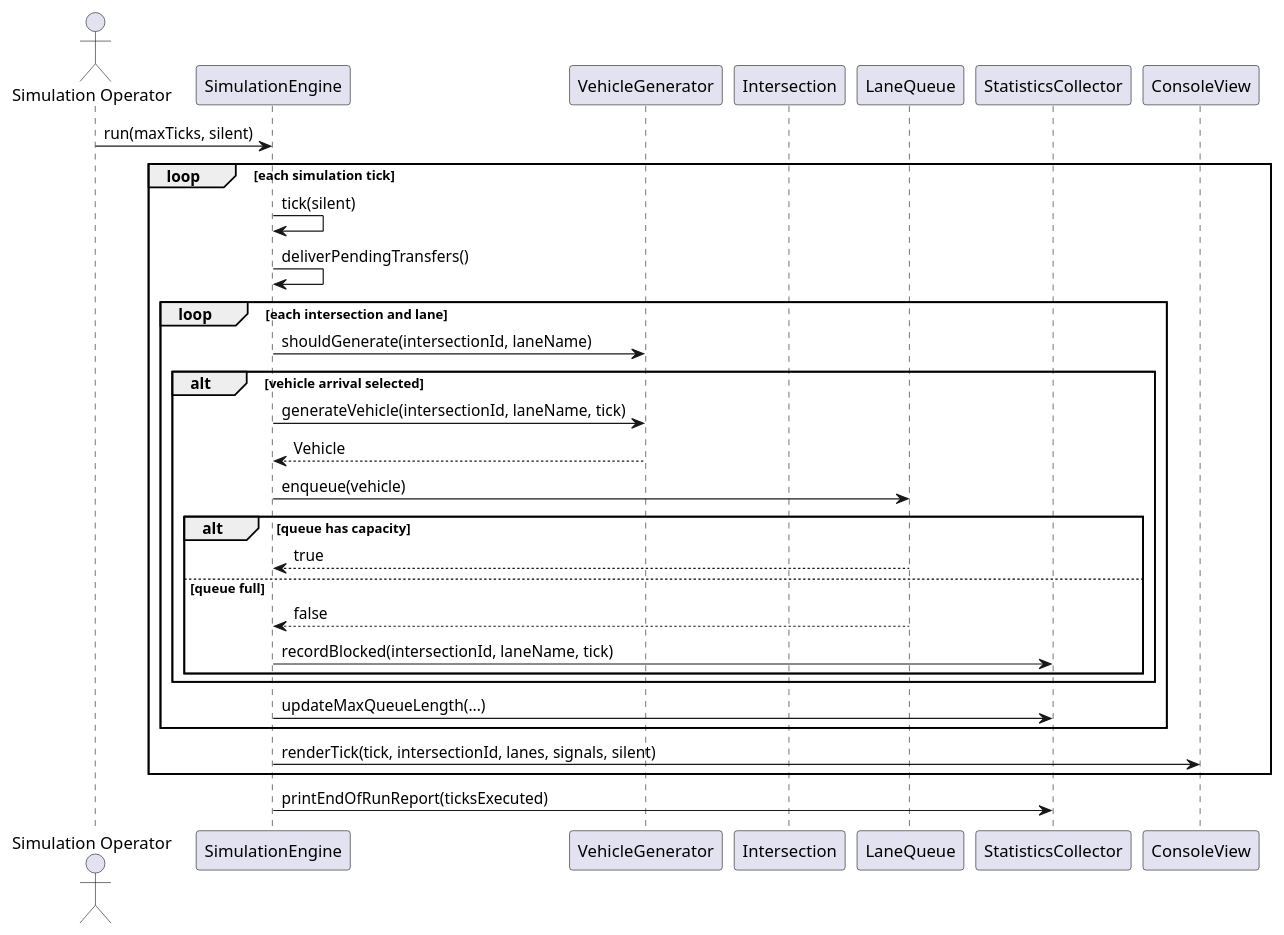
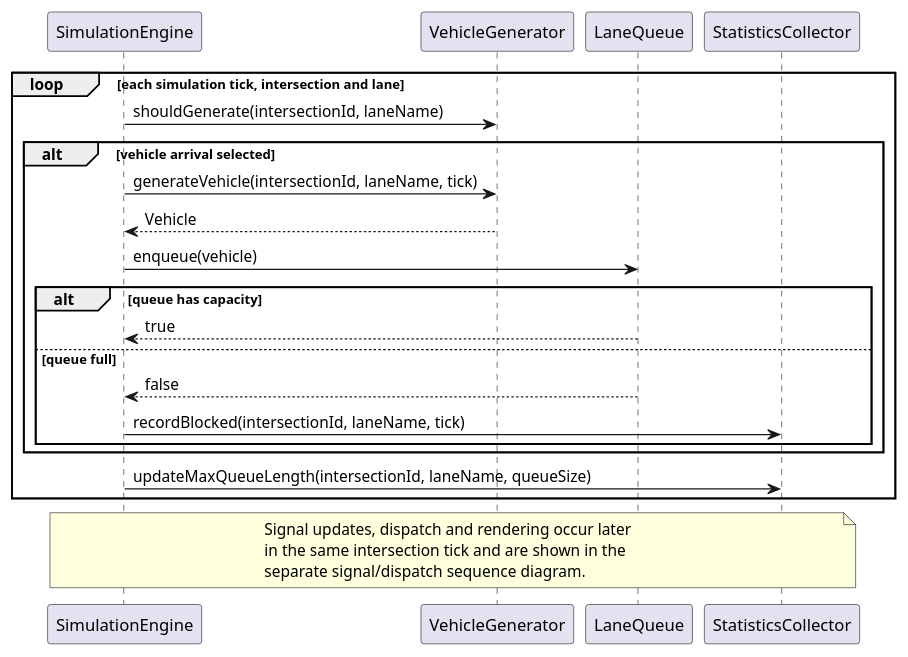
One commit to team16-traffic-management/team16-traffic-management-system changed the diagram in Documents/diagrams/TMS_Vehicle_Admission_Sequence.puml. Above: the diagram before and after it, drawn with PlantUML.

Commit message:
docs: refine UML diagrams against implementation

```diff
--- a/Documents/diagrams/TMS_Vehicle_Admission_Sequence.puml
+++ b/Documents/diagrams/TMS_Vehicle_Admission_Sequence.puml
@@ -1,32 +1,27 @@
 @startuml
-actor "Simulation Operator" as Operator
 participant "SimulationEngine" as Engine
 participant "VehicleGenerator" as Generator
-participant "Intersection" as Junction
 participant "LaneQueue" as Queue
 participant "StatisticsCollector" as Stats
-participant "ConsoleView" as View
 
-Operator -> Engine : run(maxTicks, silent)
-loop each simulation tick
-  Engine -> Engine : tick(silent)
-  Engine -> Engine : deliverPendingTransfers()
-  loop each intersection and lane
-    Engine -> Generator : shouldGenerate(intersectionId, laneName)
-    alt vehicle arrival selected
-      Engine -> Generator : generateVehicle(intersectionId, laneName, tick)
-      Generator --> Engine : Vehicle
-      Engine -> Queue : enqueue(vehicle)
-      alt queue has capacity
-        Queue --> Engine : true
-      else queue full
-        Queue --> Engine : false
-        Engine -> Stats : recordBlocked(intersectionId, laneName, tick)
-      end
+loop each simulation tick, intersection and lane
+  Engine -> Generator : shouldGenerate(intersectionId, laneName)
+  alt vehicle arrival selected
+    Engine -> Generator : generateVehicle(intersectionId, laneName, tick)
+    Generator --> Engine : Vehicle
+    Engine -> Queue : enqueue(vehicle)
+    alt queue has capacity
+      Queue --> Engine : true
+    else queue full
+      Queue --> Engine : false
+      Engine -> Stats : recordBlocked(intersectionId, laneName, tick)
     end
-    Engine -> Stats : updateMaxQueueLength(...)
   end
-  Engine -> View : renderTick(tick, intersectionId, lanes, signals, silent)
+  Engine -> Stats : updateMaxQueueLength(intersectionId, laneName, queueSize)
 end
-Engine -> Stats : printEndOfRunReport(ticksExecuted)
+note over Engine,Stats
+  Signal updates, dispatch and rendering occur later
+  in the same intersection tick and are shown in the
+  separate signal/dispatch sequence diagram.
+end note
 @enduml
```
